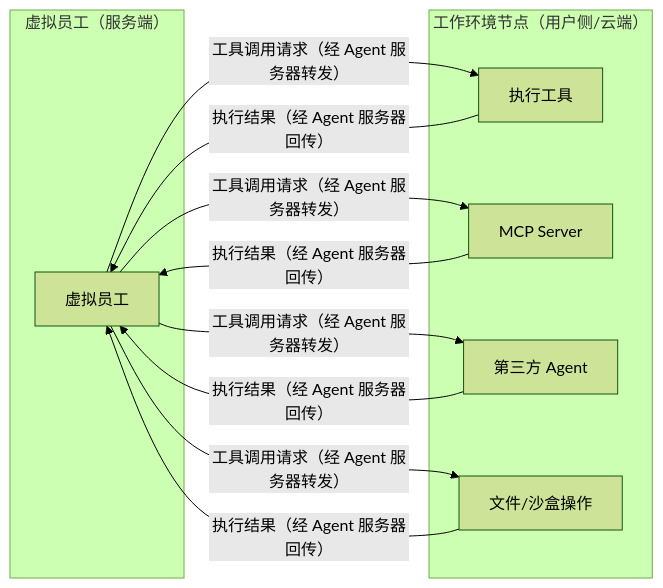
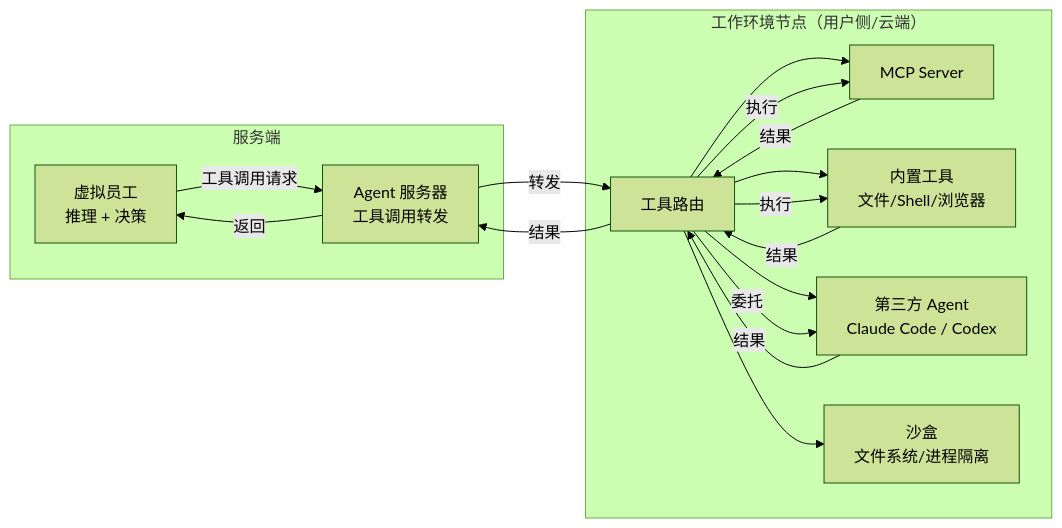
Before and after one commit to chongyi/virtual-team-architecture: the first of 2 diagrams in virtual-team/src/09-work-environment-node.md, drawn with Mermaid (forest theme). The commit also changed other lines of this file and 5 other files, not shown here.

````diff
--- a/virtual-team/src/09-work-environment-node.md
+++ b/virtual-team/src/09-work-environment-node.md
@@ -13,23 +22,26 @@
 ```mermaid
 flowchart LR
-    subgraph service["虚拟员工（服务端）"]
-        ve["虚拟员工"]
+    subgraph service["服务端"]
+        ve["虚拟员工<br/>推理 + 决策"]
+        agentSvr["Agent 服务器<br/>工具调用转发"]
     end
 
     subgraph node["工作环境节点（用户侧/云端）"]
-        tools["执行工具"]
-        mcp["MCP Server"]
-        third["第三方 Agent"]
-        sandbox["文件/沙盒操作"]
+        router["工具路由"]
+        router --> mcp["MCP Server"]
+        router --> builtin["内置工具<br/>文件/Shell/浏览器"]
+        router --> third["第三方 Agent<br/>Claude Code / Codex"]
+        router --> sandbox["沙盒<br/>文件系统/进程隔离"]
     end
 
-    ve -->|"工具调用请求（经 Agent 服务器转发）"| tools
-    ve -->|"工具调用请求（经 Agent 服务器转发）"| mcp
-    ve -->|"工具调用请求（经 Agent 服务器转发）"| third
-    ve -->|"工具调用请求（经 Agent 服务器转发）"| sandbox
-
-    tools -->|"执行结果（经 Agent 服务器回传）"| ve
-    mcp -->|"执行结果（经 Agent 服务器回传）"| ve
-    third -->|"执行结果（经 Agent 服务器回传）"| ve
-    sandbox -->|"执行结果（经 Agent 服务器回传）"| ve
+    ve -->|"工具调用请求"| agentSvr
+    agentSvr -->|"转发"| router
+    router -->|"执行"| mcp
+    router -->|"执行"| builtin
+    router -->|"委托"| third
+    mcp -->|"结果"| router
+    builtin -->|"结果"| router
+    third -->|"结果"| router
+    router -->|"结果"| agentSvr
+    agentSvr -->|"返回"| ve
 ```
````
